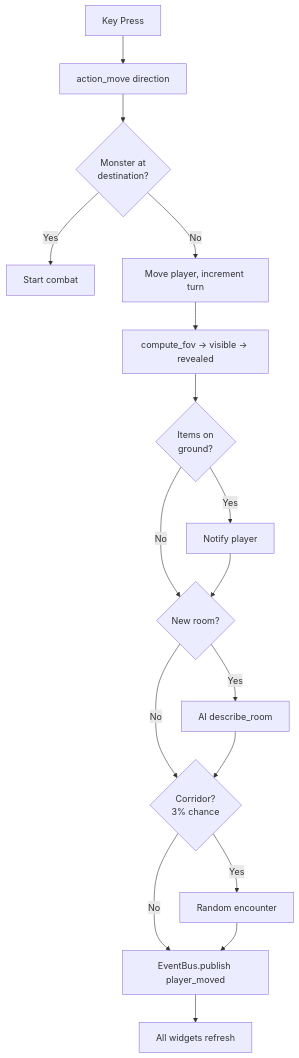
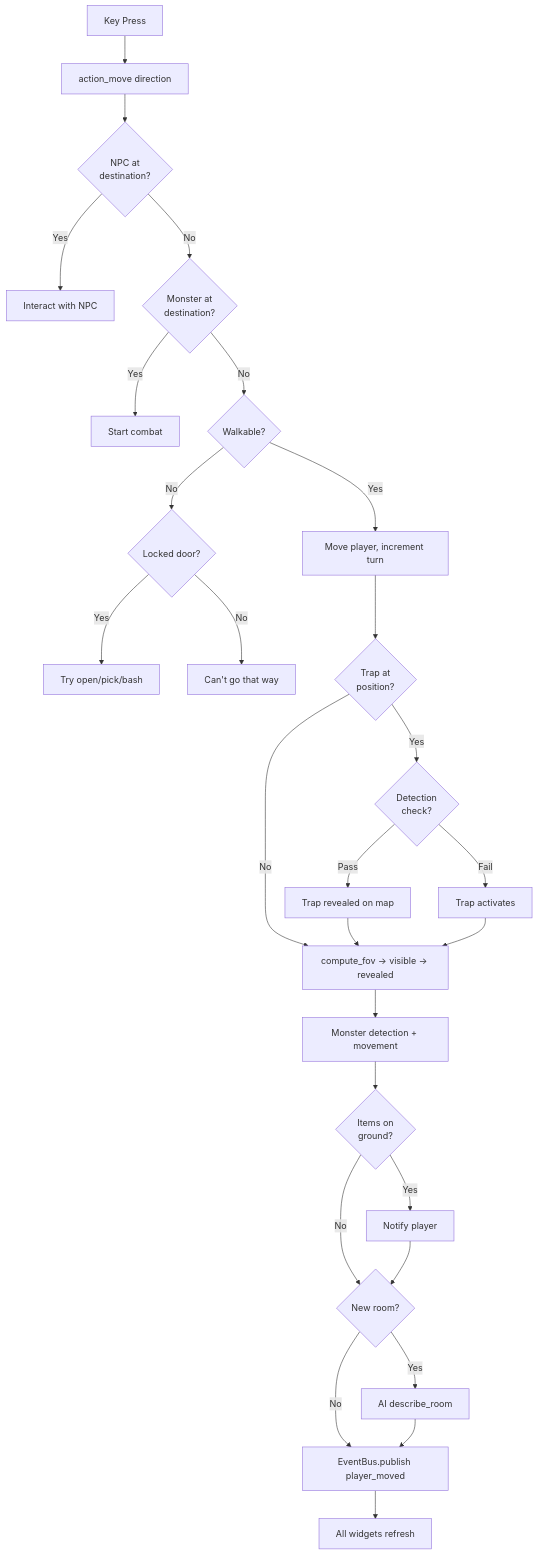
Before and after one commit to rondilley/DungeonsOfDreagoth: the seventh of 8 diagrams in doc/ARCHITECTURE.md, drawn with Mermaid. The commit also changed other lines of this file and 40 other files, not shown here.

````diff
--- a/doc/ARCHITECTURE.md
+++ b/doc/ARCHITECTURE.md
@@ -400,19 +469,30 @@
 ```mermaid
 flowchart TD
     K[Key Press] --> Move[action_move direction]
-    Move --> ChkMon{Monster at<br/>destination?}
+    Move --> ChkNPC{NPC at<br/>destination?}
+    ChkNPC -->|Yes| Talk[Interact with NPC]
+    ChkNPC -->|No| ChkMon{Monster at<br/>destination?}
     ChkMon -->|Yes| Combat[Start combat]
-    ChkMon -->|No| DoMove[Move player, increment turn]
-    DoMove --> FOV[compute_fov → visible → revealed]
-    FOV --> ChkGround{Items on<br/>ground?}
+    ChkMon -->|No| ChkWalk{Walkable?}
+    ChkWalk -->|No| ChkDoor{Locked door?}
+    ChkDoor -->|Yes| TryOpen[Try open/pick/bash]
+    ChkDoor -->|No| Blocked[Can't go that way]
+    ChkWalk -->|Yes| DoMove[Move player, increment turn]
+    DoMove --> ChkTrap{Trap at<br/>position?}
+    ChkTrap -->|Yes| Detect{Detection<br/>check?}
+    Detect -->|Pass| TrapDetected[Trap revealed on map]
+    Detect -->|Fail| TrapTrigger[Trap activates]
+    ChkTrap -->|No| FOV
+    TrapDetected --> FOV
+    TrapTrigger --> FOV
+    FOV[compute_fov → visible → revealed]
+    FOV --> MonAI[Monster detection + movement]
+    MonAI --> ChkGround{Items on<br/>ground?}
     ChkGround -->|Yes| Notify[Notify player]
     ChkGround -->|No| ChkRoom
     Notify --> ChkRoom{New room?}
     ChkRoom -->|Yes| AI[AI describe_room]
-    ChkRoom -->|No| ChkEnc
-    AI --> ChkEnc{Corridor?<br/>3% chance}
-    ChkEnc -->|Yes| RandEnc[Random encounter]
-    ChkEnc -->|No| Pub
-    RandEnc --> Pub[EventBus.publish player_moved]
+    ChkRoom -->|No| Pub
+    AI --> Pub[EventBus.publish player_moved]
     Pub --> Refresh[All widgets refresh]
 ```
````
